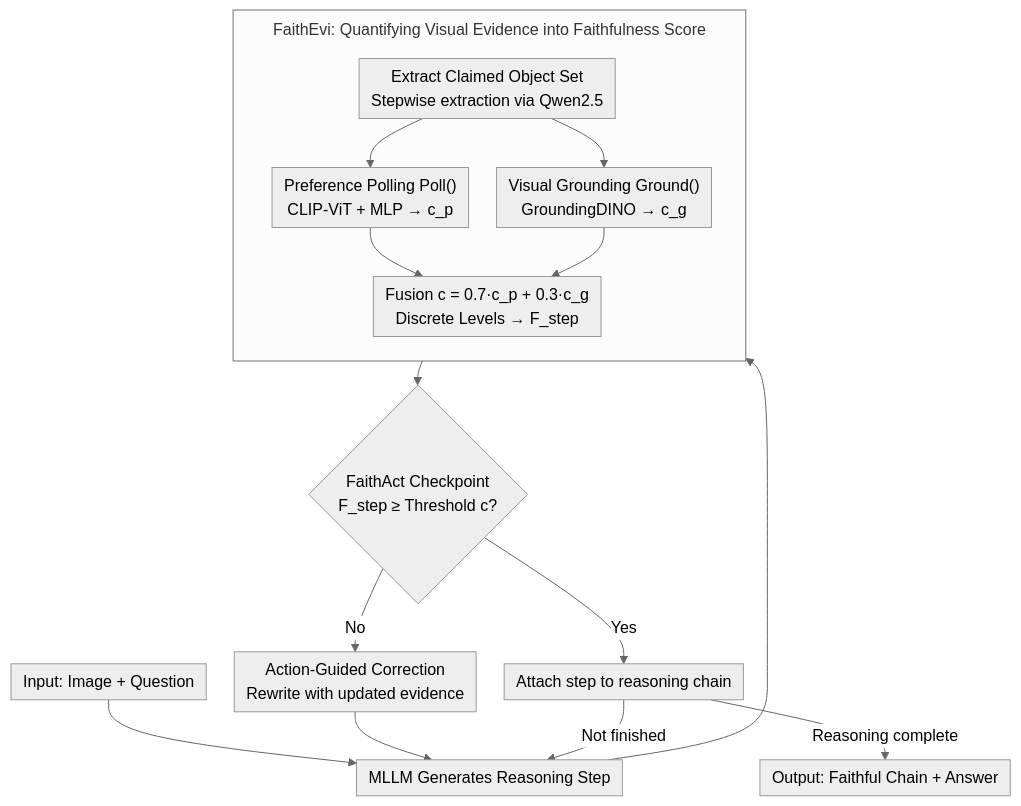
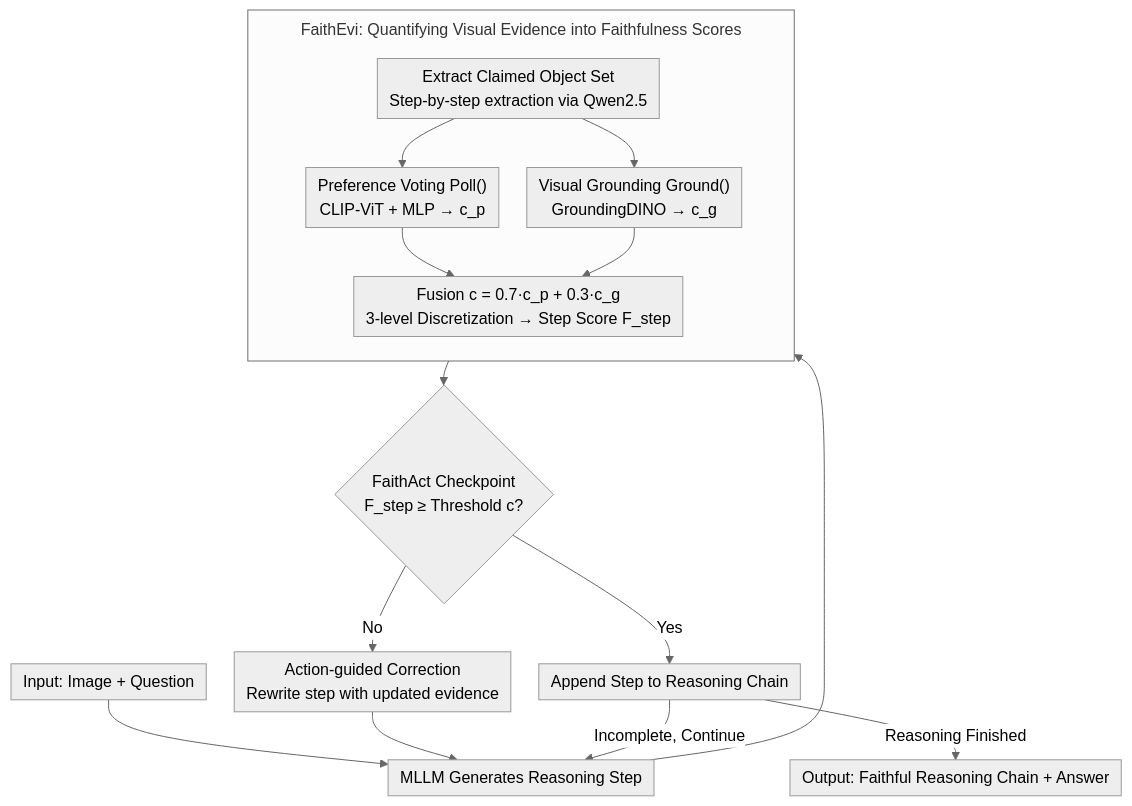
The diagram in docs/ACL2026/vlm_reasoning/faithful-first_reasoning_planning_and_acting_for_multimodal_llms.md (zhaoyang97/Paper-Notes-en), drawn with Mermaid (neutral theme) before and after one commit. The commit also changed other lines of this file and 5084 other files, not shown here.

````diff
--- a/docs/ACL2026/vlm_reasoning/faithful-first_reasoning_planning_and_acting_for_multimodal_llms.md
+++ b/docs/ACL2026/vlm_reasoning/faithful-first_reasoning_planning_and_acting_for_multimodal_llms.md
@@ -44,19 +44,19 @@
 ```mermaid
 %%{init: {'flowchart': {'rankSpacing': 24, 'nodeSpacing': 28, 'padding': 6, 'wrappingWidth': 400, 'subGraphTitleMargin': {'top': 8, 'bottom': 16}}}}%%
 flowchart TD
     A["Input: Image + Question"] --> B["MLLM Generates Reasoning Step"]
     B --> C
-    subgraph FE["FaithEvi: Quantifying Visual Evidence into Faithfulness Score"]
+    subgraph FE["FaithEvi: Quantifying Visual Evidence into Faithfulness Scores"]
         direction TB
-        C["Extract Claimed Object Set<br/>Stepwise extraction via Qwen2.5"] --> D["Preference Polling Poll()<br/>CLIP-ViT + MLP → c_p"]
-        C --> E["Visual Grounding Ground()<br/>GroundingDINO → c_g"]
-        D --> F["Fusion c = 0.7·c_p + 0.3·c_g<br/>Discrete Levels → F_step"]
+        C["Extract Claimed Object Set<br/>Step-by-step extraction via Qwen2.5"] --> D["Preference Voting Poll()<br/>CLIP-ViT + MLP → c_p"]
+        C --> E["Visual Grounding Ground() <br/>GroundingDINO → c_g"]
+        D --> F["Fusion c = 0.7·c_p + 0.3·c_g<br/>3-level Discretization → Step Score F_step"]
         E --> F
     end
     F --> G{"FaithAct Checkpoint<br/>F_step ≥ Threshold c?"}
-    G -->|No| H["Action-Guided Correction<br/>Rewrite with updated evidence"]
+    G -->|No| H["Action-guided Correction<br/>Rewrite step with updated evidence"]
     H --> B
-    G -->|Yes| I["Attach step to reasoning chain"]
-    I -->|Not finished| B
-    I -->|Reasoning complete| J["Output: Faithful Chain + Answer"]
+    G -->|Yes| I["Append Step to Reasoning Chain"]
+    I -->|Incomplete, Continue| B
+    I -->|Reasoning Finished| J["Output: Faithful Reasoning Chain + Answer"]
 ```
````
